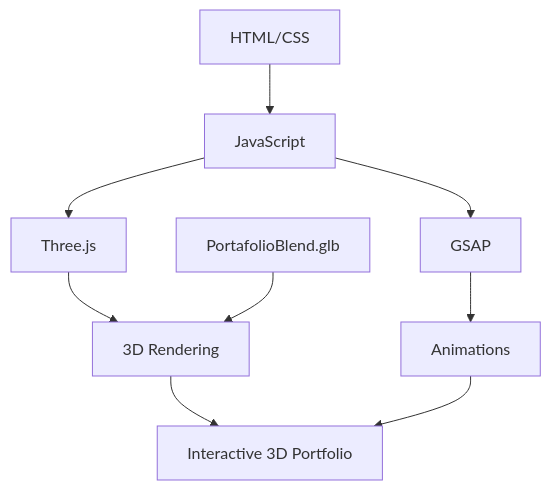
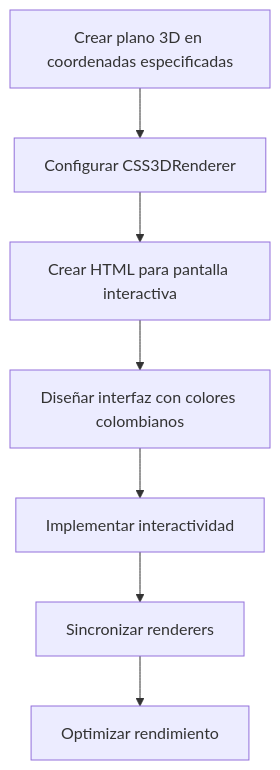
The diagram in project-plan.md (AndresFelipeGA/PortafolioAndres), drawn with Mermaid before and after one commit. The commit also changed other lines of this file and 1 other file, not shown here.

````diff
--- a/project-plan.md
+++ b/project-plan.md
@@ -14,11 +33,9 @@
 ```mermaid
 graph TD
-    A[HTML/CSS] --> B[JavaScript]
-    B --> C[Three.js]
-    B --> D[GSAP]
-    C --> E[3D Rendering]
-    D --> F[Animations]
-    G[PortafolioBlend.glb] --> E
-    E --> H[Interactive 3D Portfolio]
-    F --> H
+    A[Crear plano 3D en coordenadas especificadas] --> B[Configurar CSS3DRenderer]
+    B --> C[Crear HTML para pantalla interactiva]
+    C --> D[Diseñar interfaz con colores colombianos]
+    D --> E[Implementar interactividad]
+    E --> F[Sincronizar renderers]
+    F --> G[Optimizar rendimiento]
 ```
````
